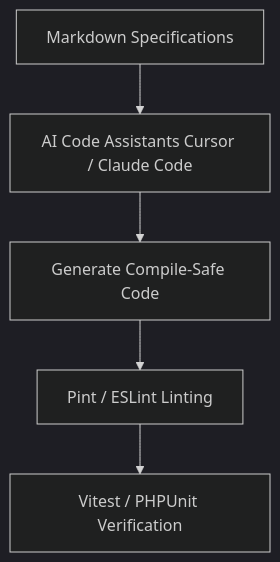
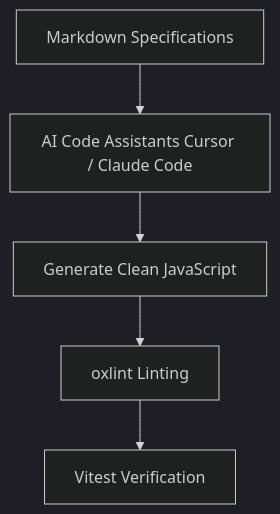
Before and after one commit to bitsy6699/WebDesa: the fifth of 5 diagrams in docs/engineering/TECH_STACK.md, drawn with Mermaid (dark theme). The commit also changed other lines of this file and 545 other files, not shown here.

````diff
--- a/docs/engineering/TECH_STACK.md
+++ b/docs/engineering/TECH_STACK.md
@@ -186,7 +180,7 @@
 ```mermaid
 graph TD
     Spec[Markdown Specifications] --> Context[AI Code Assistants Cursor / Claude Code]
-    Context --> GenCode[Generate Compile-Safe Code]
-    GenCode --> Lint[Pint / ESLint Linting]
-    Lint --> Validate[Vitest / PHPUnit Verification]
+    Context --> GenCode[Generate Clean JavaScript]
+    GenCode --> Lint[oxlint Linting]
+    Lint --> Validate[Vitest Verification]
 ```
````
